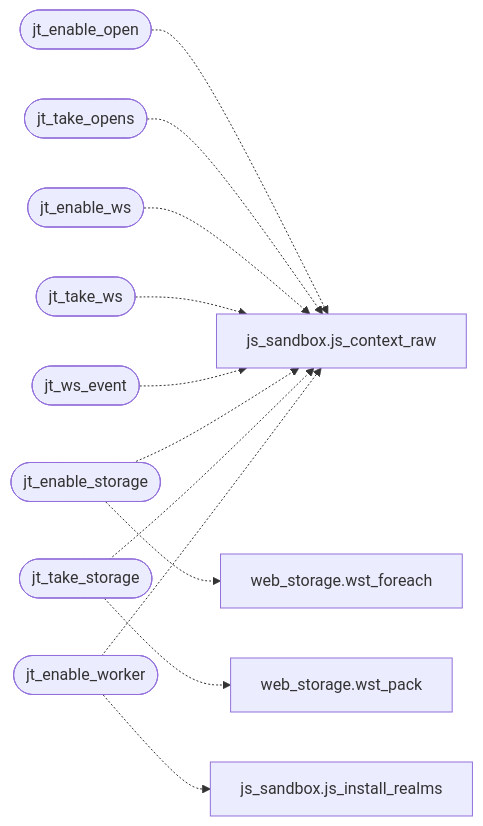
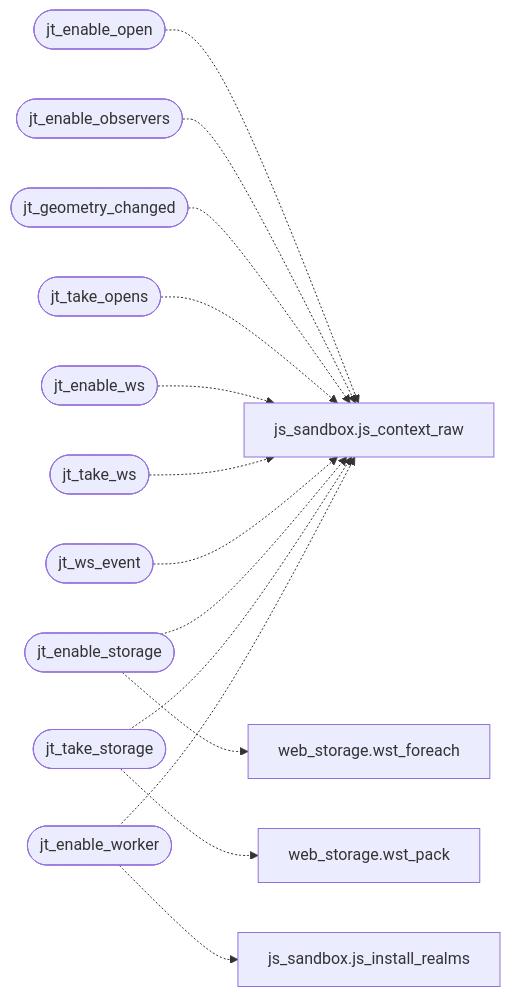
The diagram in readmenator-apidocs/modules/src.js_trusted.c.md (grisuno/FreeDom), drawn with Mermaid before and after one commit. The commit also changed other lines of this file and 364 other files, not shown here.

````diff
--- a/readmenator-apidocs/modules/src.js_trusted.c.md
+++ b/readmenator-apidocs/modules/src.js_trusted.c.md
@@ -14,26 +15,30 @@
 ```mermaid
 flowchart LR
     n_src_js_trusted_c__jt_enable_open(["jt_enable_open"])
     n_src_js_sandbox_c__js_context_raw["js_sandbox.js_context_raw"]
+    n_src_js_trusted_c__jt_enable_observers(["jt_enable_observers"])
+    n_src_js_trusted_c__jt_geometry_changed(["jt_geometry_changed"])
     n_src_js_trusted_c__jt_take_opens(["jt_take_opens"])
     n_src_js_trusted_c__jt_enable_ws(["jt_enable_ws"])
     n_src_js_trusted_c__jt_take_ws(["jt_take_ws"])
     n_src_js_trusted_c__jt_ws_event(["jt_ws_event"])
     n_src_js_trusted_c__jt_enable_storage(["jt_enable_storage"])
     n_src_web_storage_c__wst_foreach["web_storage.wst_foreach"]
     n_src_js_trusted_c__jt_take_storage(["jt_take_storage"])
     n_src_web_storage_c__wst_pack["web_storage.wst_pack"]
     n_src_js_trusted_c__jt_enable_worker(["jt_enable_worker"])
     n_src_js_sandbox_c__js_install_realms["js_sandbox.js_install_realms"]
     n_src_js_trusted_c__jt_enable_open -.-> n_src_js_sandbox_c__js_context_raw
+    n_src_js_trusted_c__jt_enable_observers -.-> n_src_js_sandbox_c__js_context_raw
+    n_src_js_trusted_c__jt_geometry_changed -.-> n_src_js_sandbox_c__js_context_raw
     n_src_js_trusted_c__jt_take_opens -.-> n_src_js_sandbox_c__js_context_raw
     n_src_js_trusted_c__jt_enable_ws -.-> n_src_js_sandbox_c__js_context_raw
     n_src_js_trusted_c__jt_take_ws -.-> n_src_js_sandbox_c__js_context_raw
     n_src_js_trusted_c__jt_ws_event -.-> n_src_js_sandbox_c__js_context_raw
     n_src_js_trusted_c__jt_enable_storage -.-> n_src_js_sandbox_c__js_context_raw
     n_src_js_trusted_c__jt_enable_storage -.-> n_src_web_storage_c__wst_foreach
     n_src_js_trusted_c__jt_take_storage -.-> n_src_js_sandbox_c__js_context_raw
     n_src_js_trusted_c__jt_take_storage -.-> n_src_web_storage_c__wst_pack
     n_src_js_trusted_c__jt_enable_worker -.-> n_src_js_sandbox_c__js_context_raw
     n_src_js_trusted_c__jt_enable_worker -.-> n_src_js_sandbox_c__js_install_realms
 ```
````
